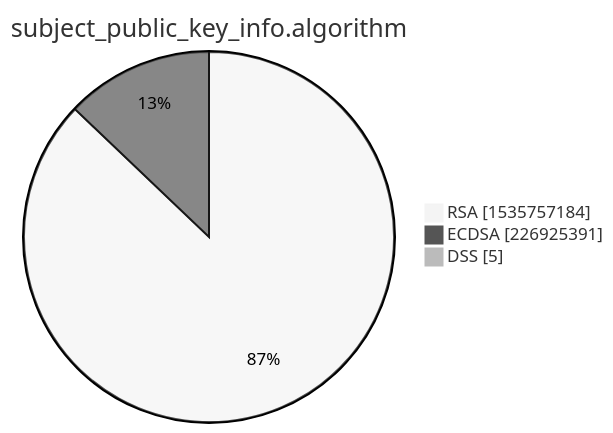
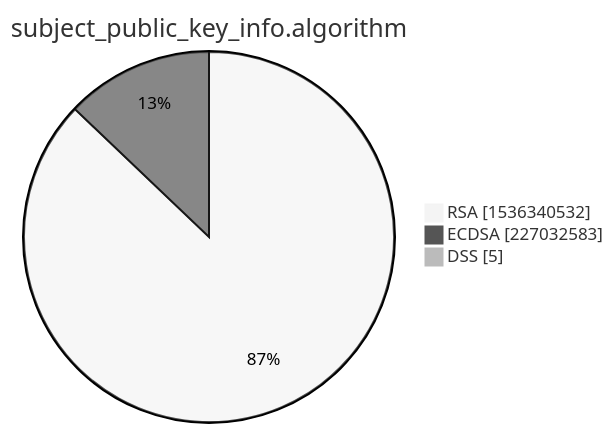
Before and after one commit to christiankrug/ctmonitor_visualization: the third of 15 diagrams in xenon2022/README.md, drawn with Mermaid (neutral theme). The commit also changed other lines of this file, not shown here.

````diff
--- a/xenon2022/README.md
+++ b/xenon2022/README.md
@@ -14,7 +14,7 @@
 ```mermaid
 pie showData
 title subject_public_key_info.algorithm
-"RSA" :1535757184
-"ECDSA" :226925391
+"RSA" :1536340532
+"ECDSA" :227032583
 "DSS" :5
 ```
````
